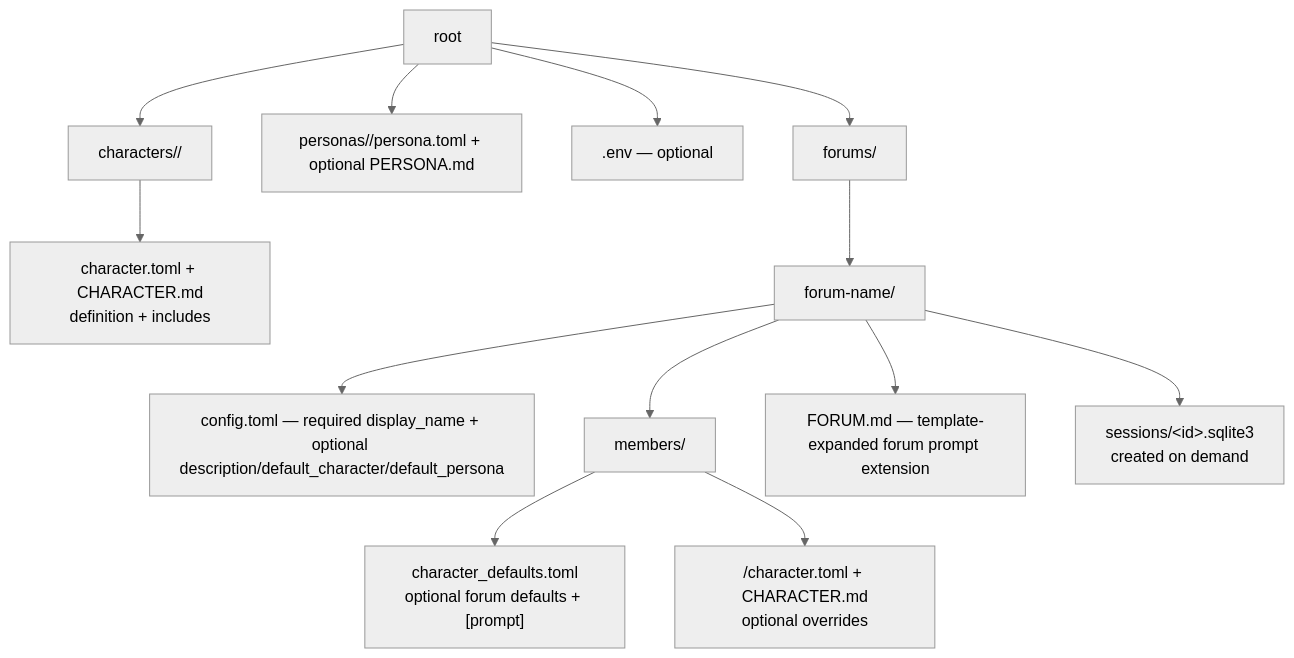
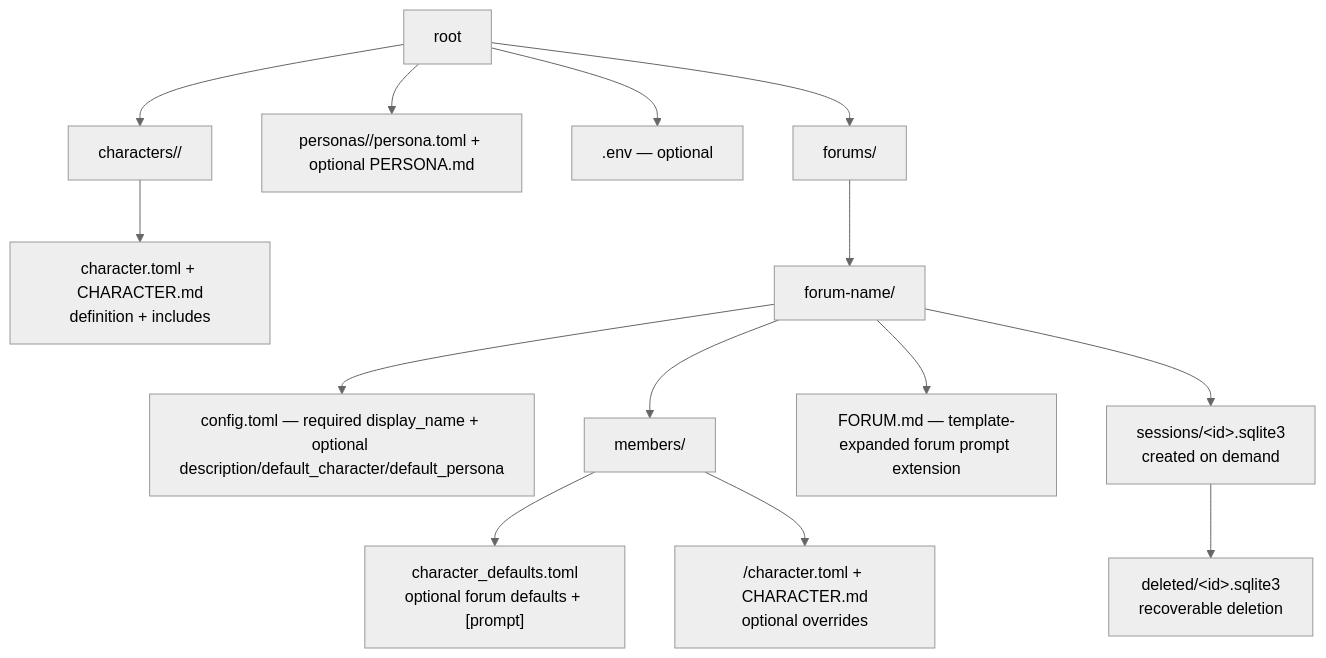
The first of 4 diagrams in src/session/README.md (michaelpopov/cha), drawn with Mermaid (neutral theme) before and after one commit. The commit also changed other lines of this file and 58 other files, not shown here.

````diff
--- a/src/session/README.md
+++ b/src/session/README.md
@@ -26,15 +28,16 @@
 ```mermaid
 flowchart TD
     root --> forums["forums/"]
     root --> personas["personas/<id>/persona.toml + optional PERSONA.md"]
     root --> env[".env — optional"]
     root --> characters["characters/<id>/"]
     characters --> character["character.toml + CHARACTER.md<br/>definition + includes"]
     forums --> forum["forum-name/"]
     forum --> config["config.toml — required display_name + optional description/default_character/default_persona"]
     forum --> members["members/"]
     members --> base["character_defaults.toml<br/>optional forum defaults + [prompt]"]
     members --> member["<id>/character.toml + CHARACTER.md<br/>optional overrides"]
     forum --> forum_prompt["FORUM.md — template-expanded forum prompt extension"]
     forum --> sessions["sessions/&lt;id&gt;.sqlite3<br/>created on demand"]
+    sessions --> deleted["deleted/&lt;id&gt;.sqlite3<br/>recoverable deletion"]
 ```
````
